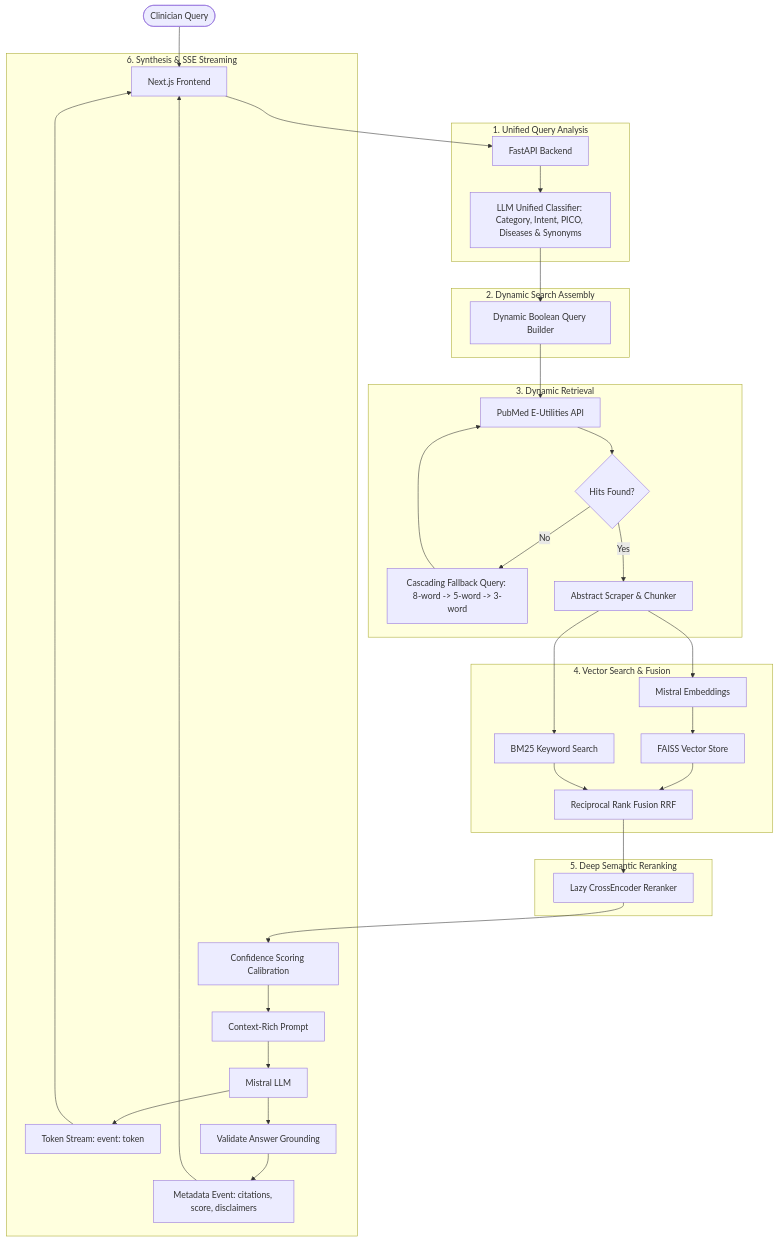
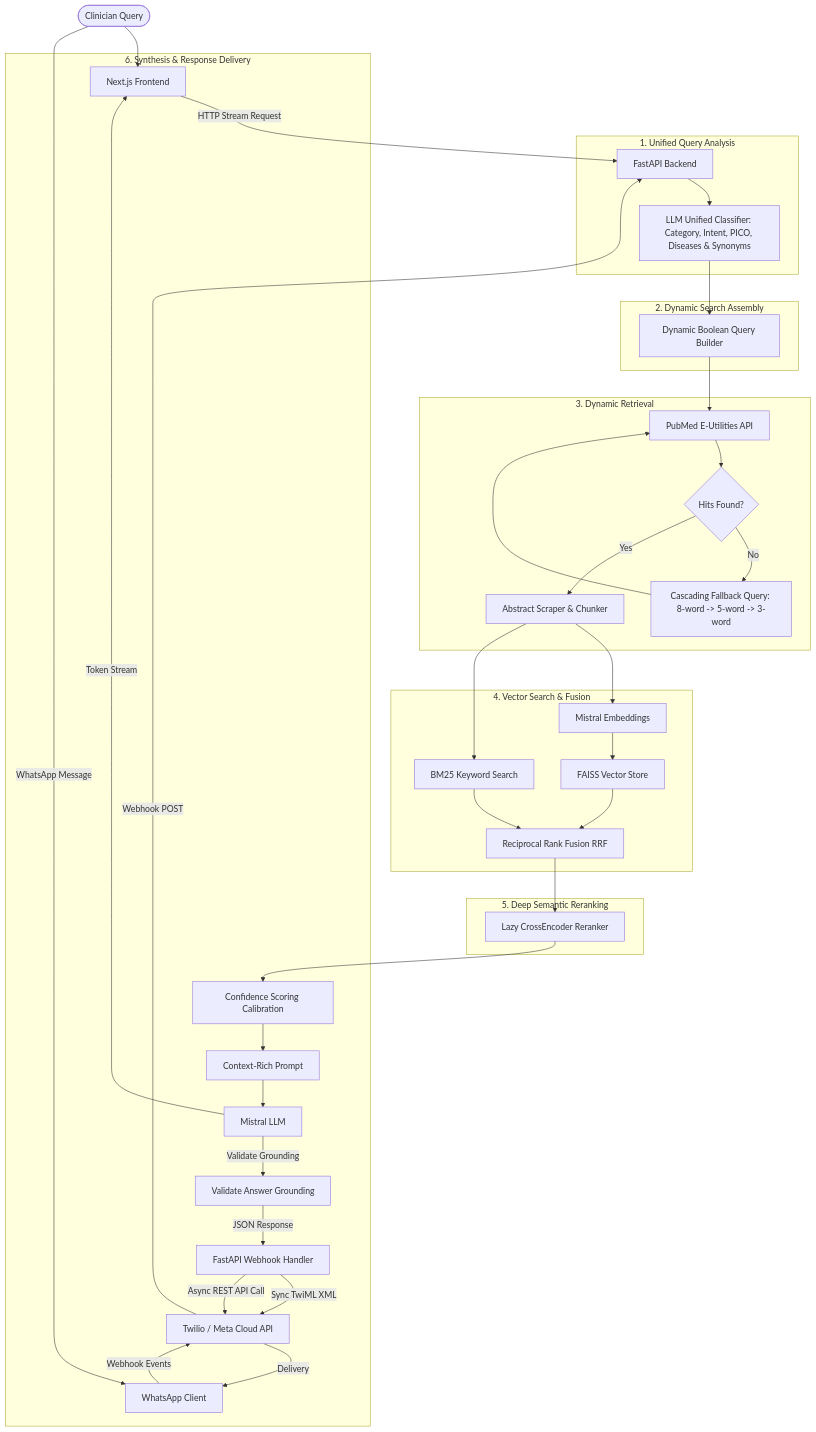
The diagram in README.md (shashwat0010/rag-chatbot-updated), drawn with Mermaid before and after one commit. The commit also changed other lines of this file and 10 other files, not shown here.

Commit message:
Implement LLM safety intent check, dynamic WhatsApp note truncation, and clinical dosage synthesis

````diff
--- a/README.md
+++ b/README.md
@@ -18,41 +18,50 @@
 ```mermaid
 flowchart TD
     User([Clinician Query]) --> UI[Next.js Frontend]
-    UI --> API[FastAPI Backend]
+    User -->|WhatsApp Message| WA[WhatsApp Client]
+    
+    UI -->|HTTP Stream Request| API[FastAPI Backend]
+    WA -->|Webhook Events| Gateway[Twilio / Meta Cloud API]
+    Gateway -->|Webhook POST| API
     
     subgraph "1. Unified Query Analysis"
         API --> Guard[LLM Unified Classifier: Category, Intent, PICO, Diseases & Synonyms]
     end
     
     subgraph "2. Dynamic Search Assembly"
         Guard --> Assembler[Dynamic Boolean Query Builder]
     end
     
     subgraph "3. Dynamic Retrieval"
         Assembler --> PubMed[PubMed E-Utilities API]
         PubMed --> Fallback{Hits Found?}
         Fallback -- No --> Cascade[Cascading Fallback Query: 8-word -> 5-word -> 3-word]
         Cascade --> PubMed
         Fallback -- Yes --> Scraper[Abstract Scraper & Chunker]
     end
     
     subgraph "4. Vector Search & Fusion"
         Scraper --> Embeddings[Mistral Embeddings]
         Embeddings --> FAISS[FAISS Vector Store]
         Scraper --> BM25[BM25 Keyword Search]
         FAISS & BM25 --> RRF[Reciprocal Rank Fusion RRF]
     end
     
     subgraph "5. Deep Semantic Reranking"
         RRF --> Reranker[Lazy CrossEncoder Reranker]
     end
     
-    subgraph "6. Synthesis & SSE Streaming"
+    subgraph "6. Synthesis & Response Delivery"
         Reranker --> Calibration[Confidence Scoring Calibration]
         Calibration --> Prompt[Context-Rich Prompt]
         Prompt --> LLM[Mistral LLM]
-        LLM --> Stream[Token Stream: event: token] --> UI
-        LLM --> Grounding[Validate Answer Grounding]
-        Grounding --> Metadata[Metadata Event: citations, score, disclaimers] --> UI
+        
+        LLM -->|Token Stream| UI
+        LLM -->|Validate Grounding| Grounding[Validate Answer Grounding]
+        
+        Grounding -->|JSON Response| WebhookResponder[FastAPI Webhook Handler]
+        WebhookResponder -->|Sync TwiML XML| Gateway
+        WebhookResponder -->|Async REST API Call| Gateway
+        Gateway -->|Delivery| WA
     end
 ```
````
